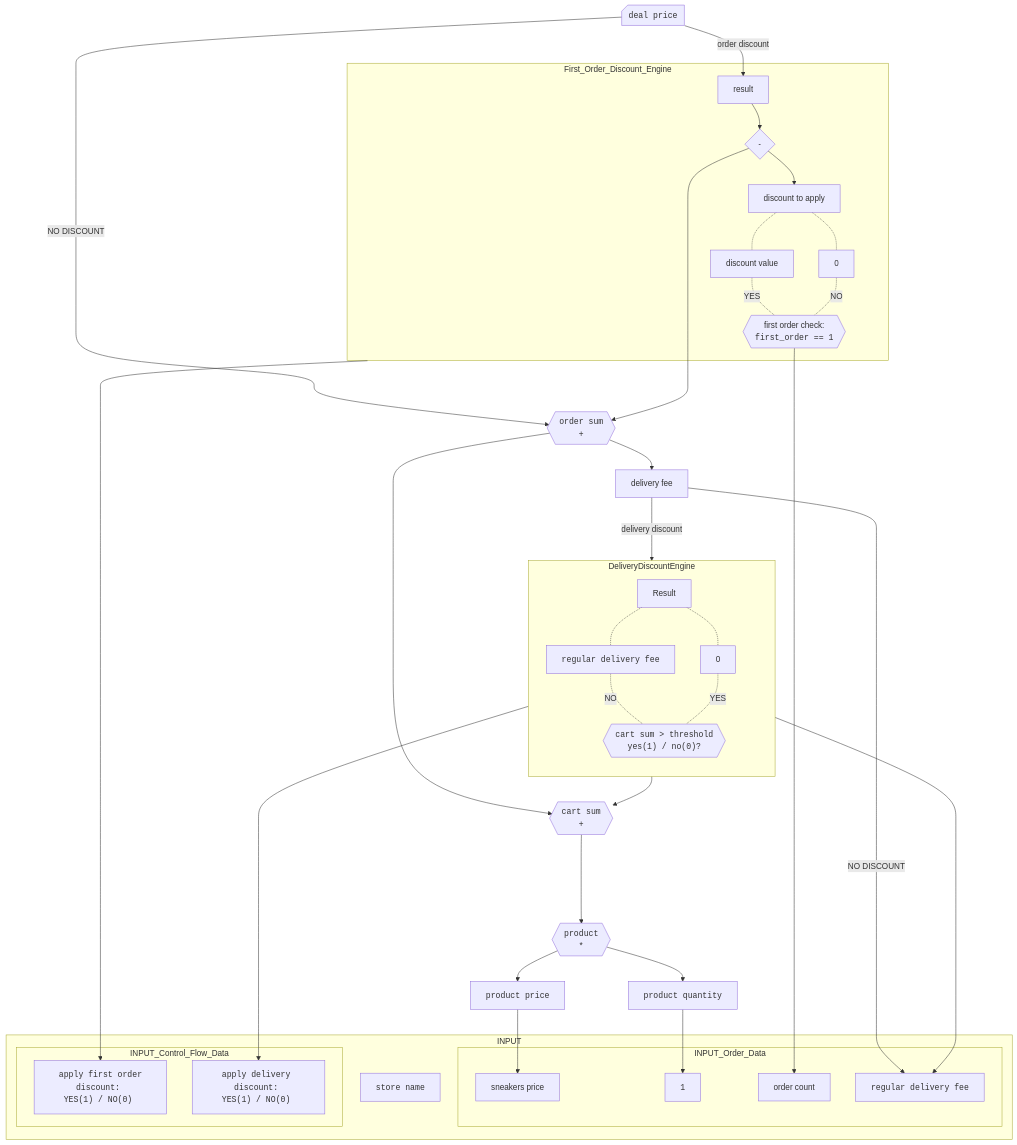
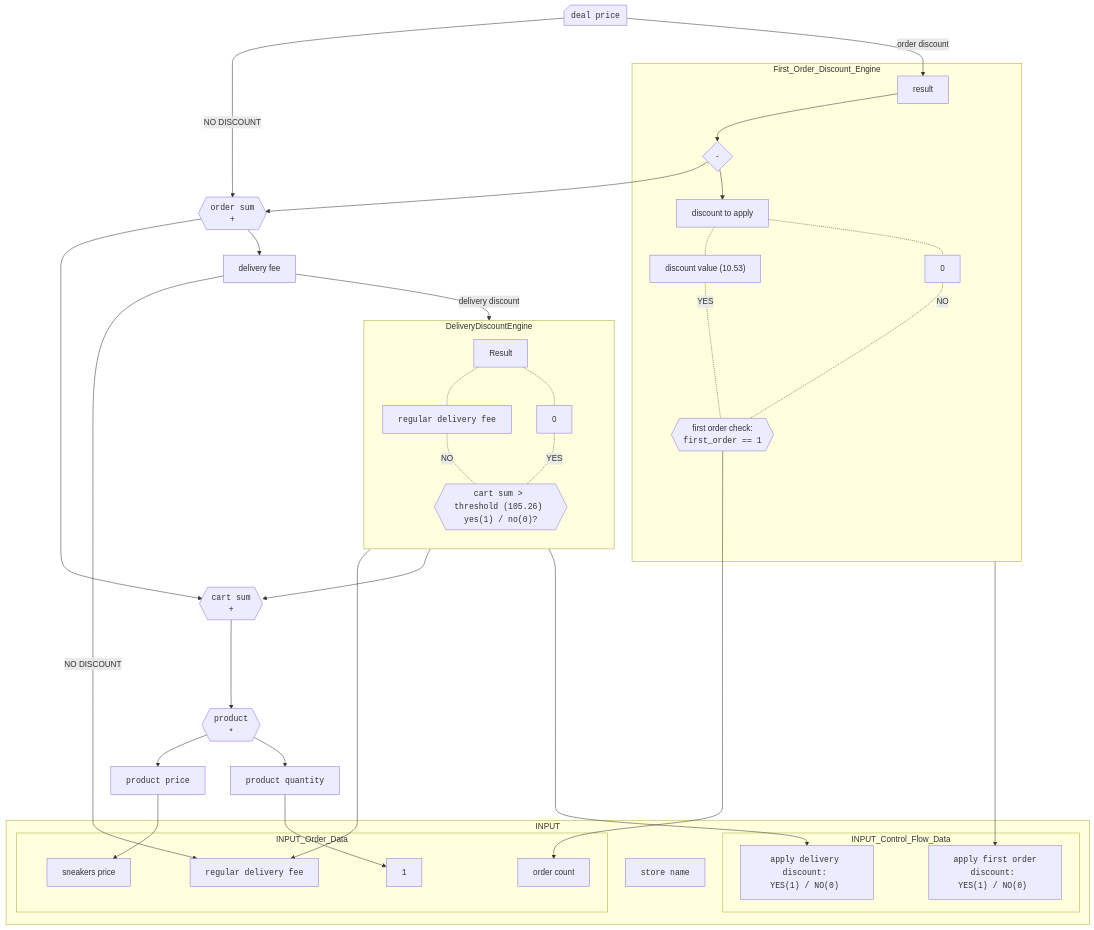
Before and after one commit to Walter462/Sneakers: diagram 20 of 20 in README.md, drawn with Mermaid. The commit also changed other lines of this file, not shown here.

Commit message:
docs: add Tom's data table review (11)

````diff
--- a/README.md
+++ b/README.md
@@ -1156,16 +1161,16 @@
   store.delivery_fee@{shape: rect, label: "delivery fee"}
 
   store.First_Order_Discount_Engine.calculation.discount@{shape: rect, label: "discount to apply"}
-  store.First_Order_Discount_Engine.calculation.discount.value@{shape: rect, label: "discount value"}
+  store.First_Order_Discount_Engine.calculation.discount.value@{shape: rect, label: "discount value (10.53)"}
   store.First_Order_Discount_Engine.calculation.discount.zero@{shape: rect, label: "0"}
   store.First_Order_Discount_Engine.eq@{shape: hex, label: "first order check:\n <code> first_order == 1 </code>"}
 
   store.deal_price --> |NO DISCOUNT| store.order_sum
   store.deal_price --> |order discount| store.First_Order_Discount_Engine.result
   store.First_Order_Discount_Engine.result --> store.First_Order_Discount_Engine.calculation
-  store.First_Order_Discount_Engine.calculation ------> store.order_sum
+  store.First_Order_Discount_Engine.calculation --> store.order_sum
 
-  store.order_sum --> store.cart_sum
+  store.order_sum ---> store.cart_sum
   store.cart_sum --> store.product
   store.product --> store.product_price & store.product_qty
   store.product_price --> store.sneakers_price
@@ -1188,9 +1193,9 @@
 end
 store.order_count@{label: "order count"}
 
-store.delivery_fee ----> |NO DISCOUNT| store.delivery_fee.input
-store.delivery_fee ---> |delivery discount| Result
-    GT@{shape: hex, label: "<code>cart sum > threshold \n yes(1) / no(0)?</code>"}
+store.delivery_fee --> |NO DISCOUNT| store.delivery_fee.input
+store.delivery_fee --> |delivery discount| Result
+    GT@{shape: hex, label: "<code>cart sum > threshold (105.26) \n yes(1) / no(0)?</code>"}
     DeliveryFee@{shape: rect, label: "<code> regular delivery fee</code>"} -.-|NO| GT
     DeliveryNull@{shape: rect, label: "0"} -.- |YES|GT
     Result
@@ -1206,6 +1211,14 @@
 
 DeliveryFee ---> store.delivery_fee.input
 GT --> store.cart_sum
+First_Order_Discount_Engine --------> store.first_order_discount
+DeliveryDiscountEngine -------> store.delivery_discount
+
+subgraph INPUT
+  INPUT_Order_Data
+  INPUT_Control_Flow_Data
+  store.name@{label: "<code> store name </code>"}
+end
 
 subgraph INPUT_Order_Data
   store.sneakers_price
@@ -1214,17 +1227,8 @@
   store.order_count
 end
 
-First_Order_Discount_Engine --------> store.first_order_discount
-DeliveryDiscountEngine -------> store.delivery_discount
-
 subgraph INPUT_Control_Flow_Data
   store.first_order_discount@{label: "<code> apply first order discount: \n YES(1) / NO(0) </code>"}
   store.delivery_discount@{label: "<code>apply delivery discount: \n YES(1) / NO(0) </code>"}
 end
-
-subgraph INPUT
-  INPUT_Order_Data
-  INPUT_Control_Flow_Data
-  store.name@{label: "<code> store name </code>"}
-end
 ```
````
